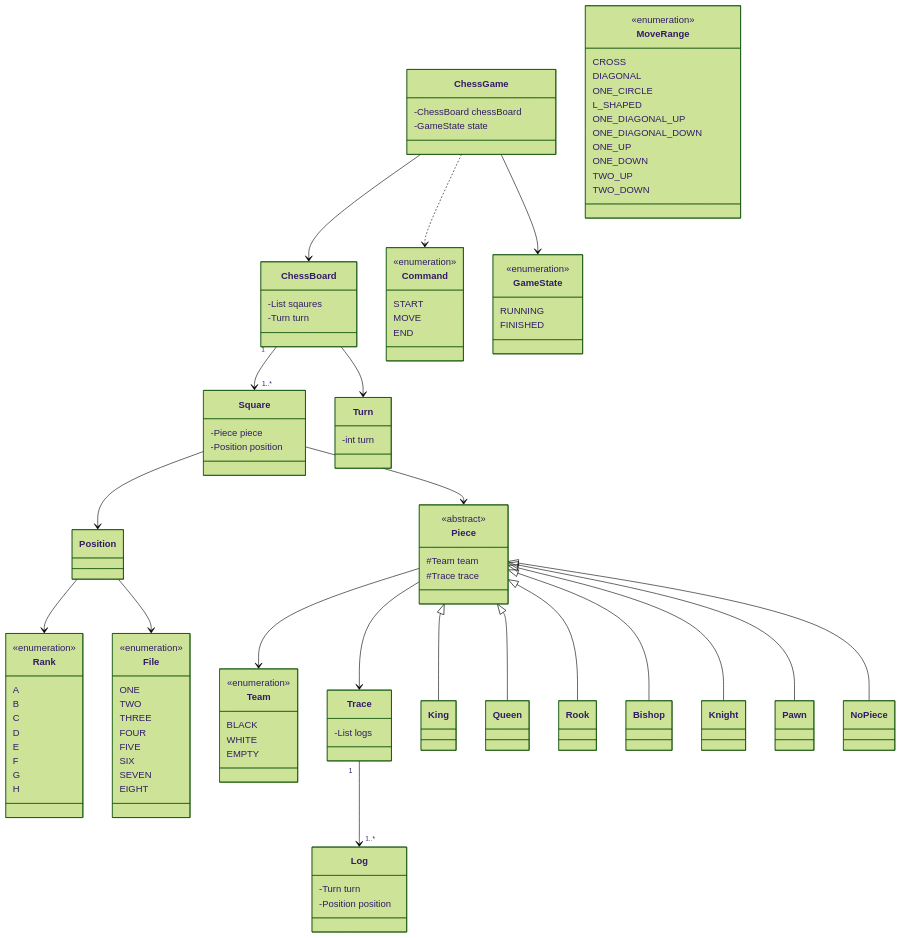
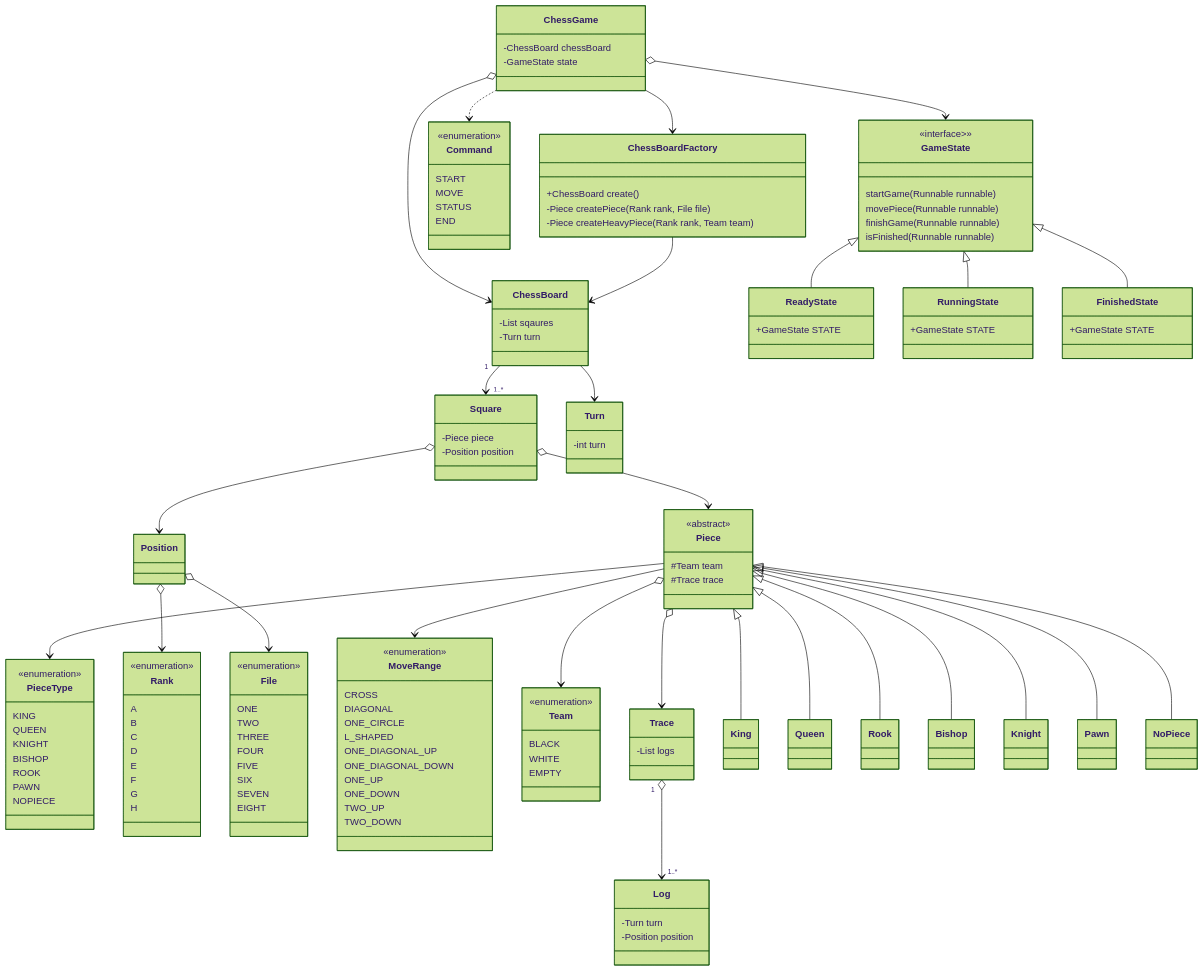
One commit to woowacourse/java-chess changed the third of 6 diagrams in docs/README.md. Above: the diagram before and after it, drawn with Mermaid (forest theme). The commit also changed other lines of this file, not shown here.

Commit message:
docs : 3, 4단계 요구사항 정리 및 흐름도 구상

````diff
--- a/docs/README.md
+++ b/docs/README.md
@@ -57,20 +86,25 @@
 classDiagram
 
 class ChessGame {
--ChessBoard chessBoard
--GameState state
+  -ChessBoard chessBoard
+  -GameState state
 }
 class ChessBoard{
--List<Sqaure> sqaures
--Turn turn
+  -List<Sqaure> sqaures
+  -Turn turn
+}
+class ChessBoardFactory{
+  +ChessBoard create()
+  -Piece createPiece(Rank rank, File file)
+  -Piece createHeavyPiece(Rank rank, Team team)
 }
 class Square{
--Piece piece
--Position position
+  -Piece piece
+  -Position position
 }
 
 class Turn {
--int turn
+  -int turn
 }
 class Piece{
   <<abstract>>
@@ -86,31 +120,44 @@
 Pawn
 NoPiece
 
+class PieceType{
+  <<enumeration>>
+  KING
+  QUEEN
+  KNIGHT
+  BISHOP
+  ROOK
+  PAWN
+  NOPIECE
+}
+
+
 Position
 
 class Rank{
 <<enumeration>>
-A
-B
-C
-D
-E
-F
-G
-H
+  A
+  B
+  C
+  D
+  E
+  F
+  G
+  H
 }
 
 class File{
-<<enumeration>>
-ONE
-TWO
-THREE
-FOUR
-FIVE
-SIX
-SEVEN
-EIGHT
+  <<enumeration>>
+  ONE
+  TWO
+  THREE
+  FOUR
+  FIVE
+  SIX
+  SEVEN
+  EIGHT
 }
+
 class MoveRange{
     <<enumeration>>
     CROSS
@@ -125,29 +172,42 @@
     TWO_DOWN
 }
 class Command{
-<<enumeration>>
-START
-MOVE
-END
+  <<enumeration>>
+  START
+  MOVE
+  STATUS
+  END
 }
 class Team{
-<<enumeration>>
-BLACK
-WHITE
-EMPTY
+  <<enumeration>>
+  BLACK
+  WHITE
+  EMPTY
 }
 
 class GameState{
-<<enumeration>>
-RUNNING
-FINISHED
+  <<interface>>>
+  startGame(Runnable runnable)
+  movePiece(Runnable runnable)
+  finishGame(Runnable runnable)
+  isFinished(Runnable runnable)
 }
+class ReadyState{
+   +GameState STATE
+}
+class RunningState{
+   +GameState STATE
+}
+class FinishedState{
+   +GameState STATE
+}
+
 class Trace{
--List<Log> logs
+  -List<Log> logs
 }
 class Log {
--Turn turn
--Position position
+  -Turn turn
+  -Position position
 }
 
 Piece<|--King
@@ -158,17 +218,29 @@
 Piece<|--Pawn
 Piece<|--NoPiece
 
-ChessGame --> ChessBoard
-ChessGame --> GameState
+ChessGame o--> ChessBoard
+ChessGame o--> GameState
 ChessGame ..> Command
+ChessGame-->ChessBoardFactory
+
+ChessBoardFactory-->ChessBoard
 ChessBoard "1"-->"1..*" Square
 ChessBoard --> Turn
-Square --> Piece
-Square --> Position
-Position --> Rank
-Position --> File
-Piece --> Team
-Piece --> Trace
-Trace"1"-->"1..*"Log
+
+Square o--> Piece
+Square o--> Position
+
+Position o--> Rank
+Position o--> File
+
+Piece-->PieceType
+Piece-->MoveRange
+Piece o--> Team
+Piece o--> Trace
+Trace"1"o-->"1..*"Log
+
+GameState<|--ReadyState
+GameState<|--RunningState
+GameState<|--FinishedState
 
 ```
````
